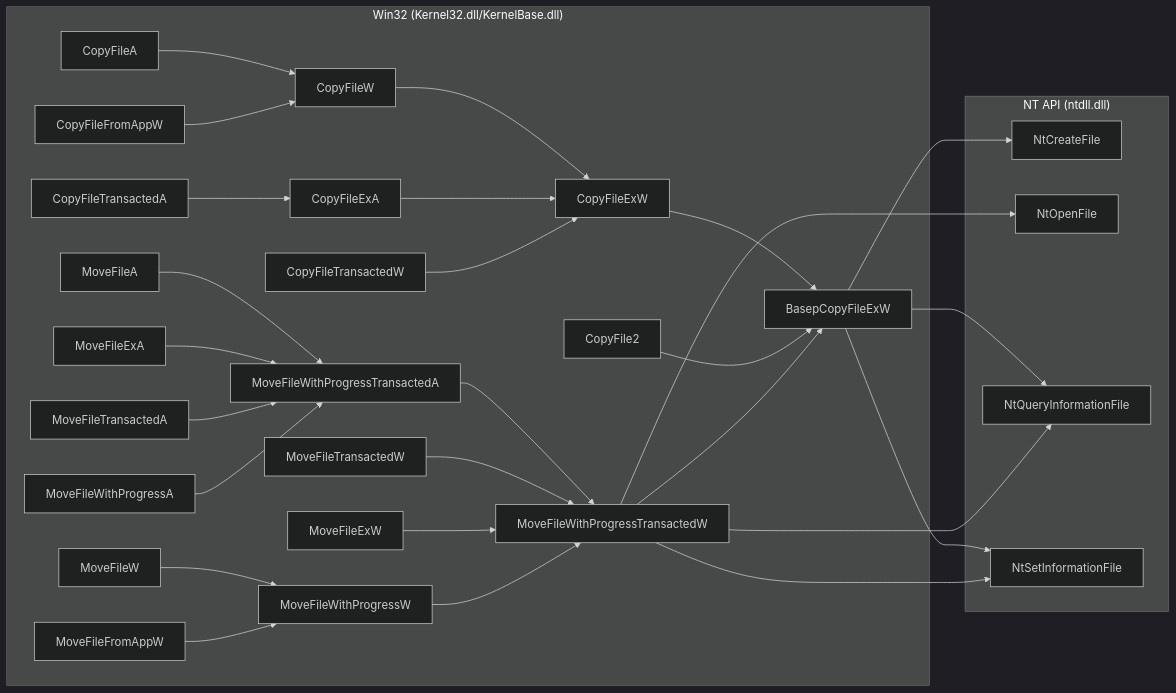
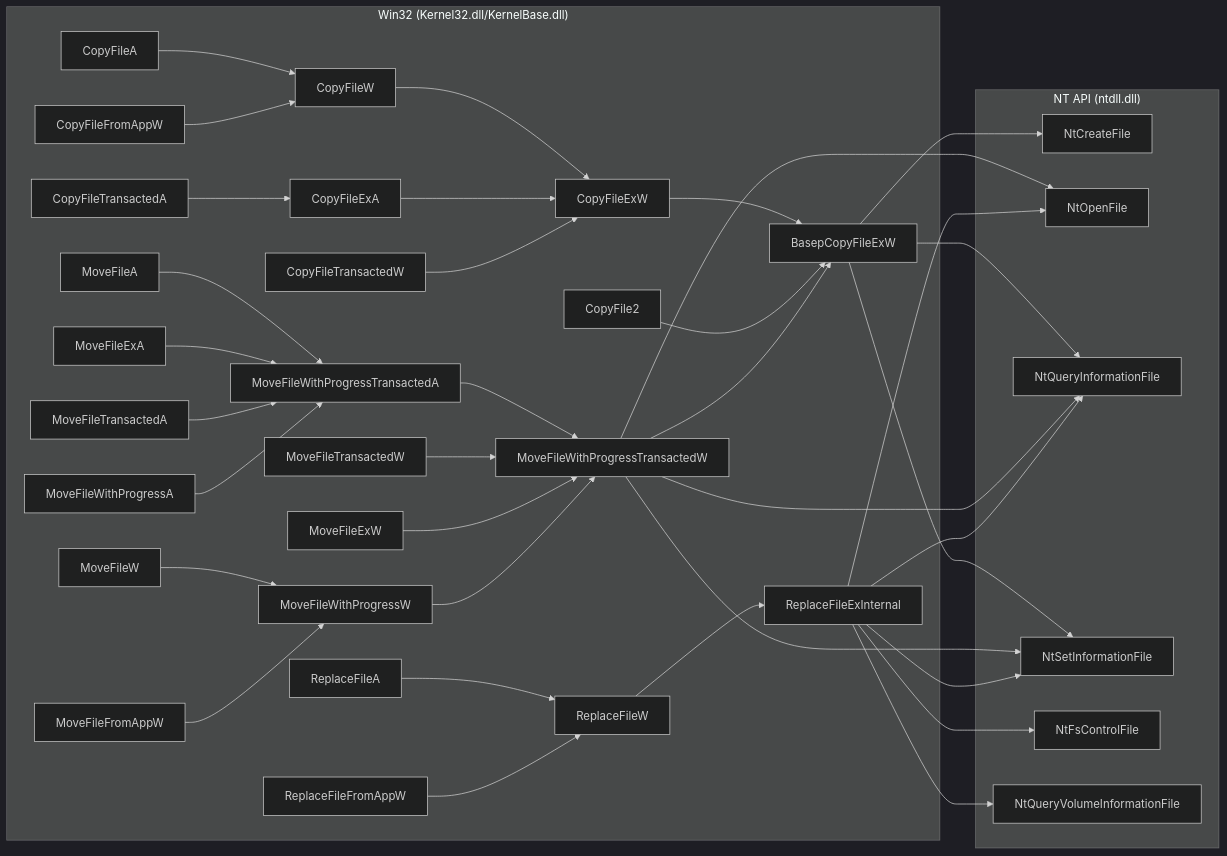
One commit to Sewer56/vfs-writeup changed the sixth of 11 diagrams in docs/index.md. Above: the diagram before and after it, drawn with Mermaid (dark theme). The commit also changed other lines of this file, not shown here.

Commit message:
Added: ReplaceFile APIs

````diff
--- a/docs/index.md
+++ b/docs/index.md
@@ -516,59 +516,73 @@
 ```mermaid
 flowchart LR
     subgraph Win32["Win32 (Kernel32.dll/KernelBase.dll)"]
     CopyFileA
     CopyFileW
     CopyFile2
     CopyFileExA
     CopyFileExW
     CopyFileFromAppW
     CopyFileTransactedA
     CopyFileTransactedW
     MoveFileA
     MoveFileW
     MoveFileExA
     MoveFileExW
     MoveFileWithProgressA
     MoveFileWithProgressW
     MoveFileTransactedA
     MoveFileTransactedW
     MoveFileWithProgressTransactedA
     MoveFileWithProgressTransactedW
     MoveFileFromAppW
+    ReplaceFileA
+    ReplaceFileW
+    ReplaceFileFromAppW
+    ReplaceFileExInternal
     BasepCopyFileExW
 
     CopyFileA --> CopyFileW
     CopyFileW --> CopyFileExW
     CopyFileExA --> CopyFileExW
     CopyFileExW --> BasepCopyFileExW
     CopyFile2 --> BasepCopyFileExW
     CopyFileFromAppW --> CopyFileW
     CopyFileTransactedA --> CopyFileExA
     CopyFileTransactedW --> CopyFileExW
     MoveFileA --> MoveFileWithProgressTransactedA
     MoveFileWithProgressTransactedA --> MoveFileWithProgressTransactedW
     MoveFileExA --> MoveFileWithProgressTransactedA
     MoveFileTransactedA --> MoveFileWithProgressTransactedA
     MoveFileTransactedW --> MoveFileWithProgressTransactedW
     MoveFileW --> MoveFileWithProgressW
     MoveFileWithProgressA --> MoveFileWithProgressTransactedA
     MoveFileExW --> MoveFileWithProgressTransactedW
     MoveFileFromAppW --> MoveFileWithProgressW
     MoveFileWithProgressW --> MoveFileWithProgressTransactedW
     MoveFileWithProgressTransactedW --> BasepCopyFileExW
+    ReplaceFileA --> ReplaceFileW
+    ReplaceFileW --> ReplaceFileExInternal
+    ReplaceFileFromAppW --> ReplaceFileW
     end
 
     subgraph NT["NT API (ntdll.dll)"]
     NtCreateFile
     NtOpenFile
     NtQueryInformationFile
     NtSetInformationFile
+    NtFsControlFile
+    NtQueryVolumeInformationFile
 
     BasepCopyFileExW --> NtCreateFile
     BasepCopyFileExW --> NtQueryInformationFile
     BasepCopyFileExW --> NtSetInformationFile
     MoveFileWithProgressTransactedW --> NtOpenFile
     MoveFileWithProgressTransactedW --> NtQueryInformationFile
     MoveFileWithProgressTransactedW --> NtSetInformationFile
+    ReplaceFileExInternal --> NtOpenFile
+    ReplaceFileExInternal --> NtFsControlFile
+    ReplaceFileExInternal --> NtQueryInformationFile
+    ReplaceFileExInternal --> NtSetInformationFile
+    ReplaceFileExInternal --> NtQueryVolumeInformationFile
     end
 ```
````
